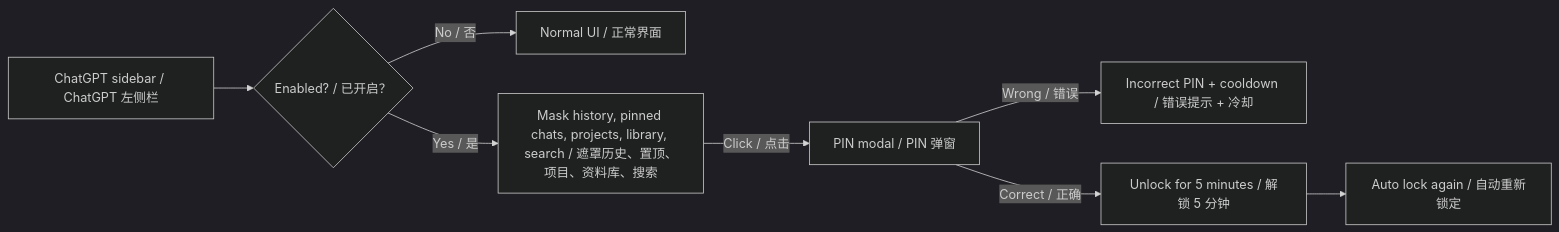
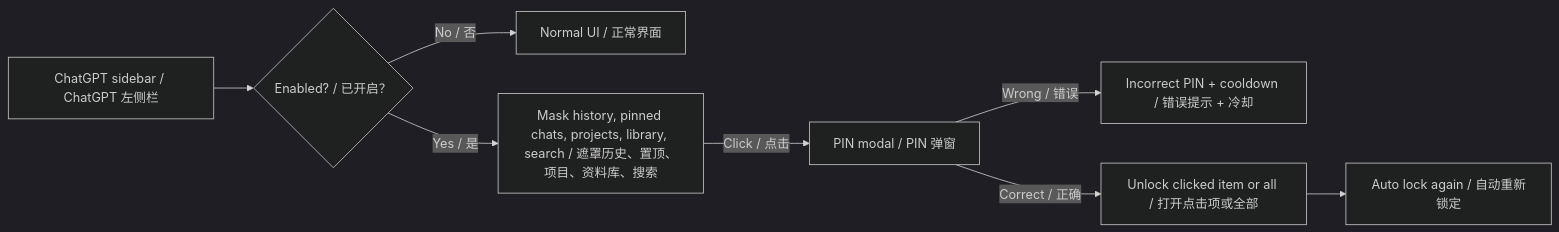
Before and after one commit to Marcel330-ait/chatgpt-privacy-lock: the diagram in README.md, drawn with Mermaid (dark theme). The commit also changed other lines of this file and 12 other files, not shown here.

````diff
--- a/README.md
+++ b/README.md
@@ -30,10 +32,10 @@
 ```mermaid
 flowchart LR
     A["ChatGPT sidebar / ChatGPT 左侧栏"] --> B{"Enabled? / 已开启？"}
     B -->|No / 否| C["Normal UI / 正常界面"]
     B -->|Yes / 是| D["Mask history, pinned chats, projects, library, search / 遮罩历史、置顶、项目、资料库、搜索"]
     D -->|Click / 点击| E["PIN modal / PIN 弹窗"]
     E -->|Wrong / 错误| F["Incorrect PIN + cooldown / 错误提示 + 冷却"]
-    E -->|Correct / 正确| G["Unlock for 5 minutes / 解锁 5 分钟"]
+    E -->|Correct / 正确| G["Unlock clicked item or all / 打开点击项或全部"]
     G --> H["Auto lock again / 自动重新锁定"]
 ```
````
